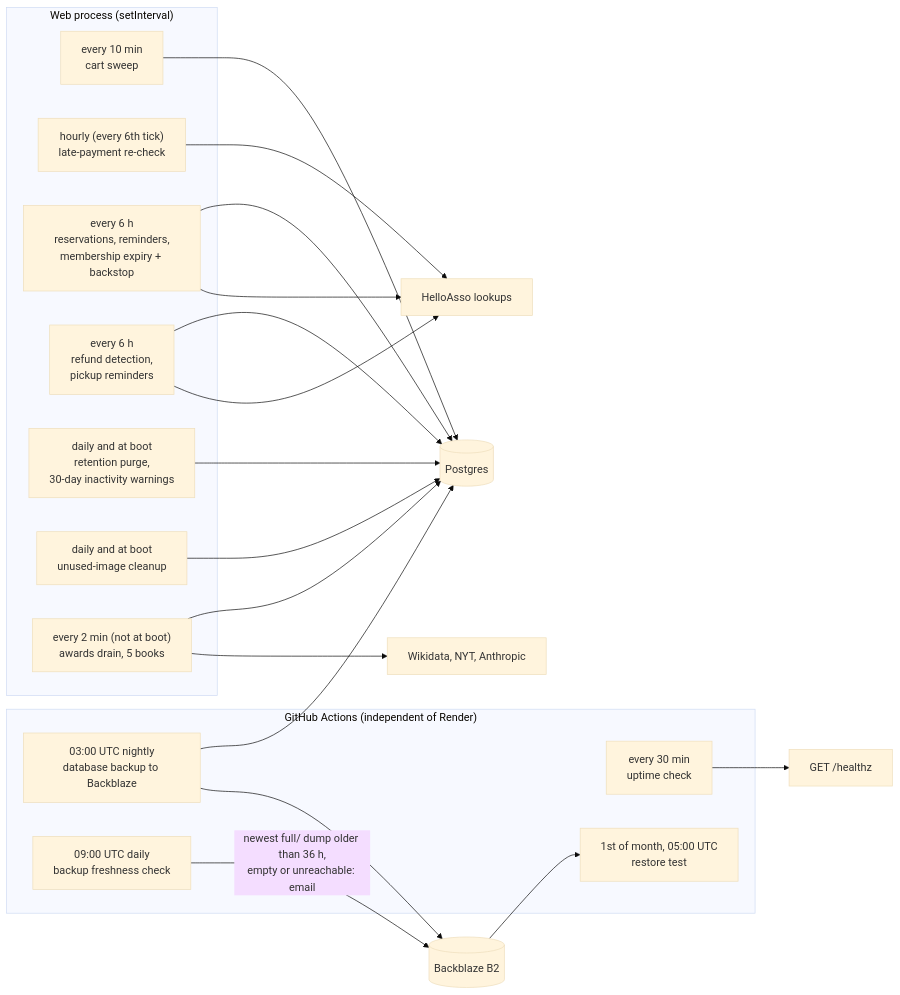
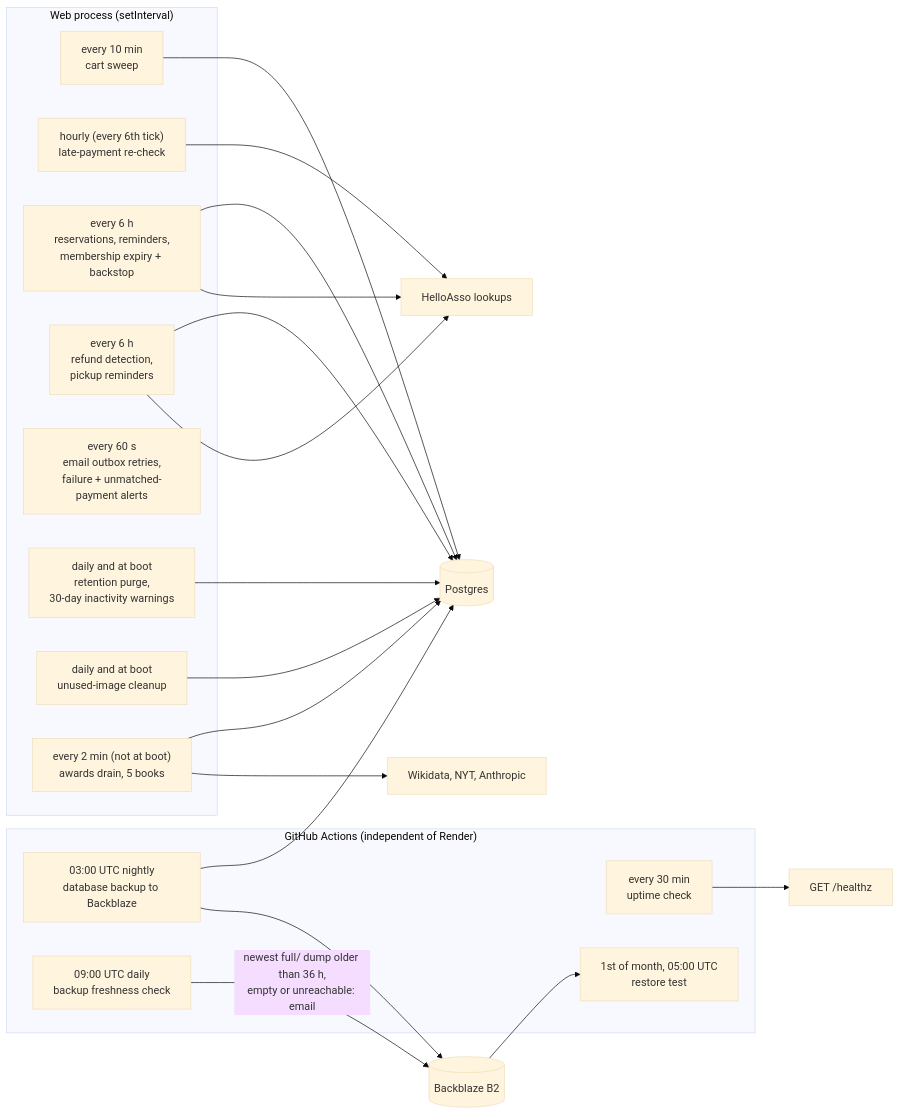
Diagram 11 of 15 in docs/architecture.md (umasbooksadmin/umasbookswebsite), drawn with Mermaid (base theme) before and after one commit. The commit also changed other lines of this file and 56 other files, not shown here.

First line of the commit message:
Email outbox with retry and alerts, membership payment integrity (#212)

````diff
--- a/docs/architecture.md
+++ b/docs/architecture.md
@@ -739,33 +794,34 @@
 ```mermaid
 flowchart LR
   subgraph proc["Web process (setInterval)"]
     A["every 10 min<br/>cart sweep"] 
     B["hourly (every 6th tick)<br/>late-payment re-check"]
     C["every 6 h<br/>reservations, reminders,<br/>membership expiry + backstop"]
     OF["every 6 h<br/>refund detection,<br/>pickup reminders"]
+    OB["every 60 s<br/>email outbox retries,<br/>failure + unmatched-payment alerts"]
     P["daily and at boot<br/>retention purge,<br/>30-day inactivity warnings"]
     IC["daily and at boot<br/>unused-image cleanup"]
     AW["every 2 min (not at boot)<br/>awards drain, 5 books"]
   end
   subgraph gha["GitHub Actions (independent of Render)"]
     D["every 30 min<br/>uptime check"]
     E["03:00 UTC nightly<br/>database backup to Backblaze"]
     F["1st of month, 05:00 UTC<br/>restore test"]
     FR["09:00 UTC daily<br/>backup freshness check"]
   end
   A --> DB[("Postgres")]
   B --> HA["HelloAsso lookups"]
   C --> DB
   C --> HA
   OF --> DB
   OF --> HA
   D --> W["GET /healthz"]
   P --> DB
   E --> DB
   E --> BK[("Backblaze B2")]
   BK --> F
   FR -->|"newest full/ dump older than 36 h,<br/>empty or unreachable: email"| BK
   IC --> DB
   AW --> DB
   AW --> EXT["Wikidata, NYT, Anthropic"]
 ```
````
